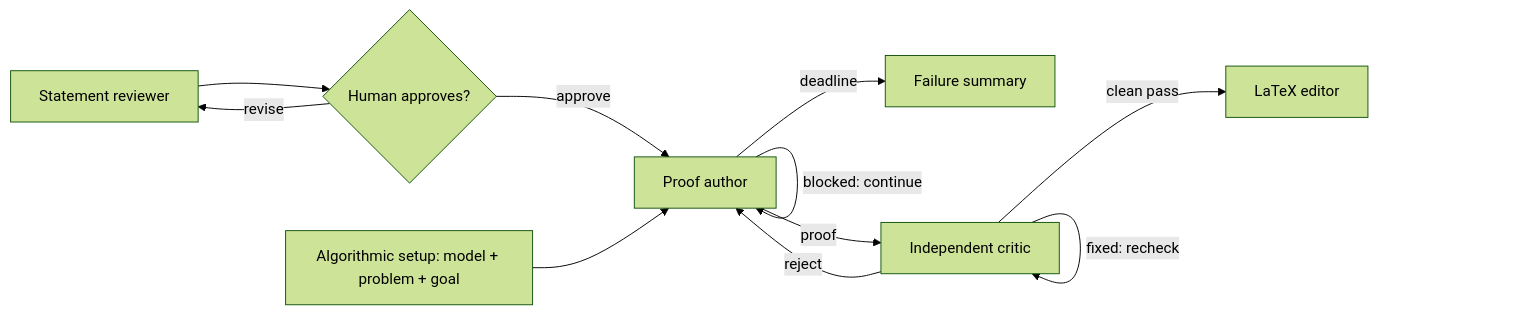
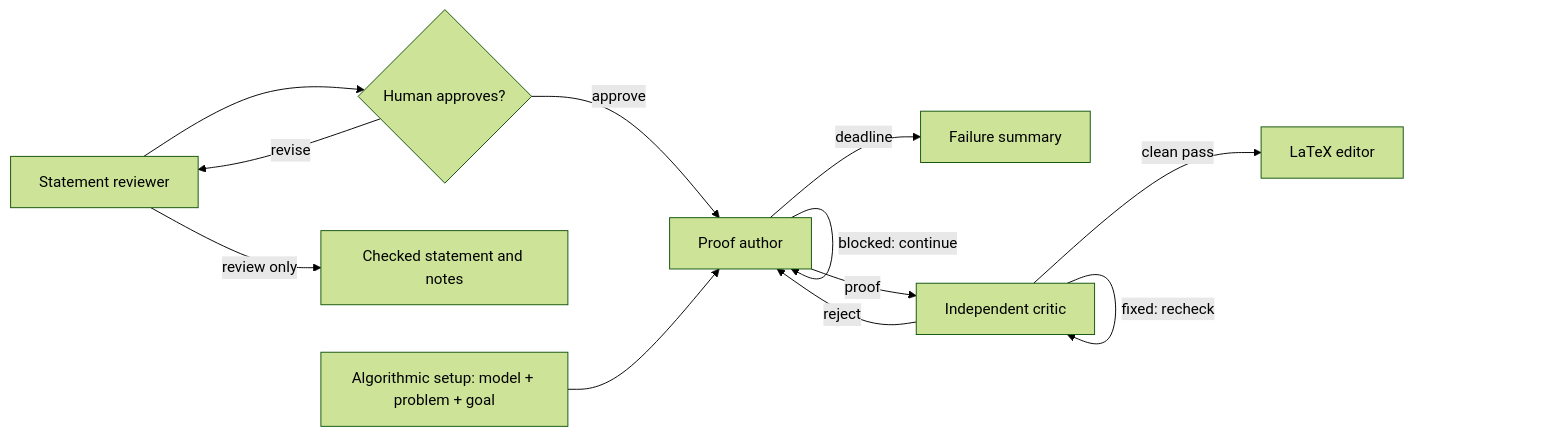
The diagram in README.md (yonggangjiang/tcs-prover), drawn with Mermaid (forest theme) before and after one commit. The commit also changed other lines of this file and 4 other files, not shown here.

````diff
--- a/README.md
+++ b/README.md
@@ -111,13 +114,14 @@
 ```mermaid
 flowchart LR
     S["Statement reviewer"] --> H{"Human approves?"}
+    S -- "review only" --> R["Checked statement and notes"]
     H -- "revise" --> S
     H -- "approve" --> A["Proof author"]
     I["Algorithmic setup: model + problem + goal"] --> A
     A -- "blocked: continue" --> A
     A -- "deadline" --> F["Failure summary"]
     A -- "proof" --> C["Independent critic"]
     C -- "reject" --> A
     C -- "fixed: recheck" --> C
     C -- "clean pass" --> L["LaTeX editor"]
 ```
````
